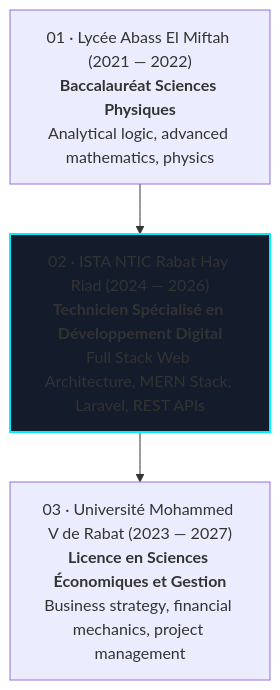
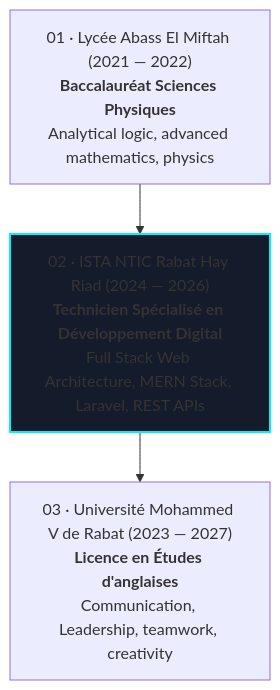
Before and after one commit to Cherkaoui7/portfolio: the diagram in README.md, drawn with Mermaid.

Commit message:
Update education details in README.md

````diff
--- a/README.md
+++ b/README.md
@@ -236,10 +236,10 @@
 ```mermaid
 graph TD
     A["01 · Lycée Abass El Miftah (2021 — 2022)<br/><b>Baccalauréat Sciences Physiques</b><br/>Analytical logic, advanced mathematics, physics"]
     B["02 · ISTA NTIC Rabat Hay Riad (2024 — 2026)<br/><b>Technicien Spécialisé en Développement Digital</b><br/>Full Stack Web Architecture, MERN Stack, Laravel, REST APIs"]
-    C["03 · Université Mohammed V de Rabat (2023 — 2027)<br/><b>Licence en Sciences Économiques et Gestion</b><br/>Business strategy, financial mechanics, project management"]
+    C["03 · Université Mohammed V de Rabat (2023 — 2027)<br/><b>Licence en Études d'anglaises</b><br/>Communication, Leadership, teamwork, creativity "]
 
     A --> B
     B --> C
     style B stroke:#00f0ff,stroke-width:2px,fill:#141b2b
 ```
````
